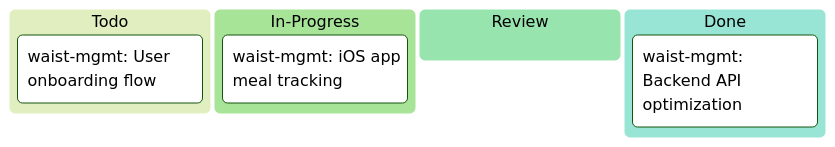
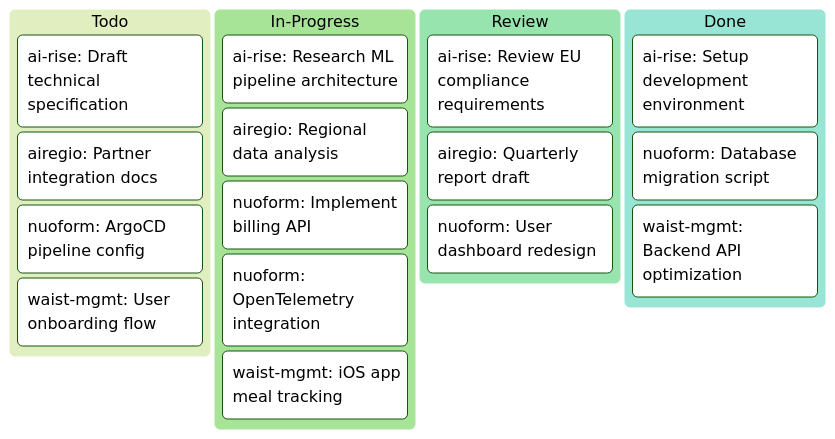
Before and after one commit to Katty-Fashion/kf-cpto: the diagram in docs/unified-kanban.md, drawn with Mermaid (forest theme). The commit also changed other lines of this file and 21 other files, not shown here.

First line of the commit message:
refactor: migrate KF-CPTO dashboard to zero-config discovery architecture

````diff
--- a/docs/unified-kanban.md
+++ b/docs/unified-kanban.md
@@ -10,10 +10,22 @@
 ```mermaid
 kanban
   Todo
-    task3[waist-mgmt: User onboarding flow]
+    task2[ai-rise: Draft technical specification]
+    task6[airegio: Partner integration docs]
+    task9[nuoform: ArgoCD pipeline config]
+    task15[waist-mgmt: User onboarding flow]
   In-Progress
-    task1[waist-mgmt: iOS app meal tracking]
+    task1[ai-rise: Research ML pipeline architecture]
+    task5[airegio: Regional data analysis]
+    task8[nuoform: Implement billing API]
+    task10[nuoform: OpenTelemetry integration]
+    task13[waist-mgmt: iOS app meal tracking]
   Review
+    task4[ai-rise: Review EU compliance requirements]
+    task7[airegio: Quarterly report draft]
+    task11[nuoform: User dashboard redesign]
   Done
-    task2[waist-mgmt: Backend API optimization]
+    task3[ai-rise: Setup development environment]
+    task12[nuoform: Database migration script]
+    task14[waist-mgmt: Backend API optimization]
 ```
````
